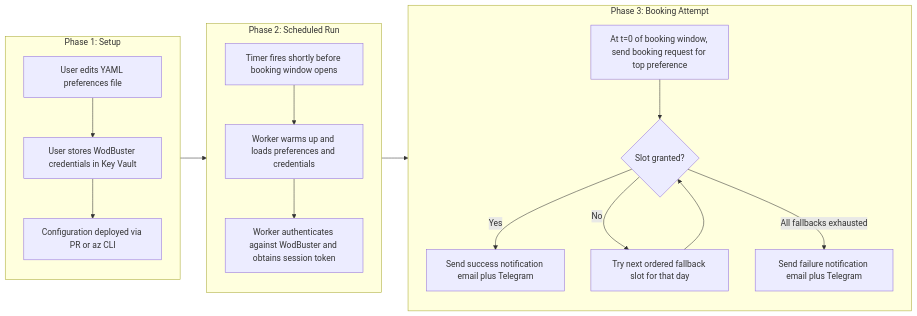
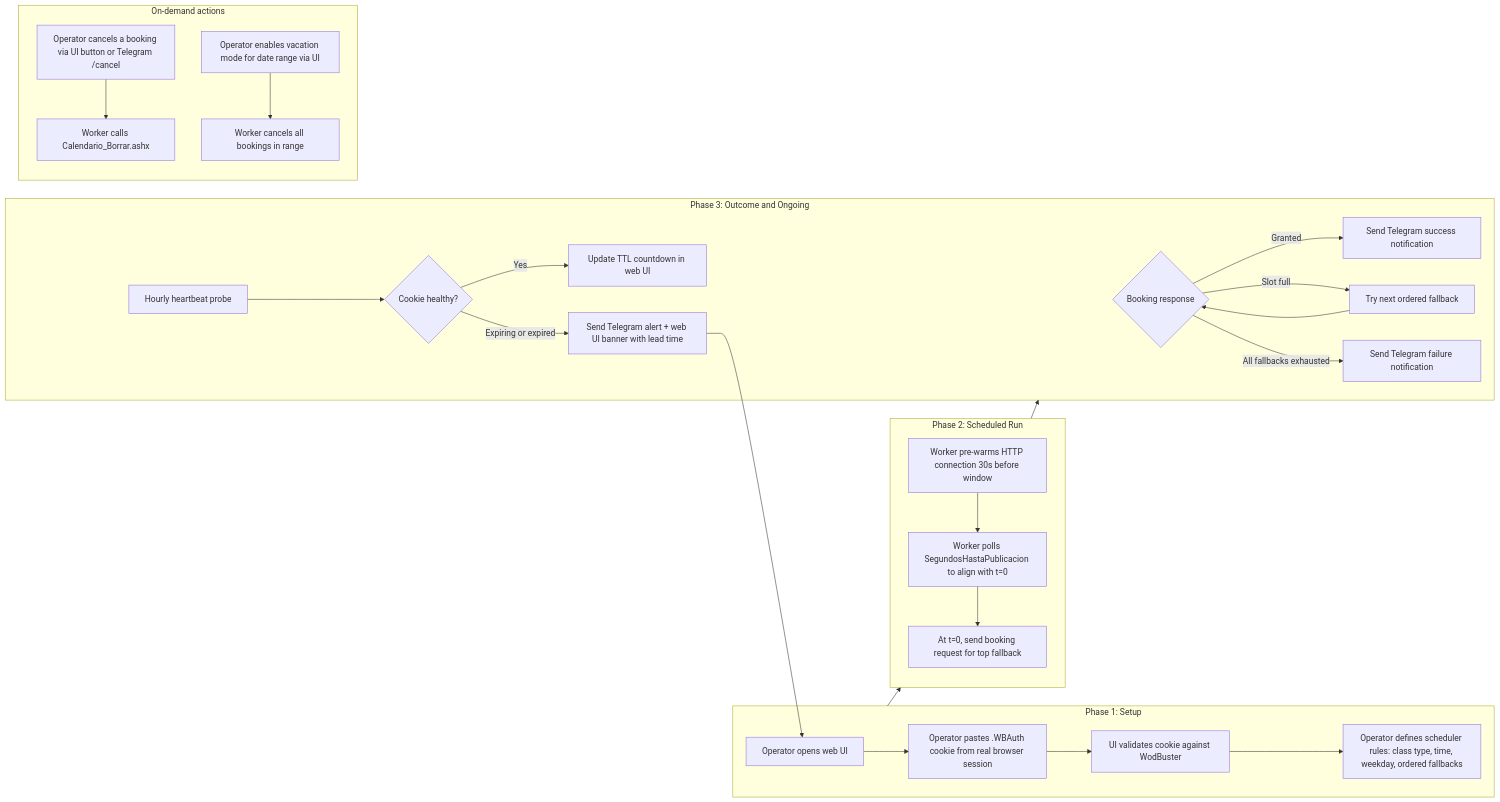
One commit to jluqueba/wodbuster-booking-scheduler changed the diagram in docs/envisioning/wodbuster-booking-scheduler.md. Above: the diagram before and after it, drawn with Mermaid. The commit also changed other lines of this file and 11 other files, not shown here.

First line of the commit message:
docs: add ADRs 0001-0007 and wodbuster-booking-worker spec, plan, tasks

````diff
--- a/docs/envisioning/wodbuster-booking-scheduler.md
+++ b/docs/envisioning/wodbuster-booking-scheduler.md
@@ -104,22 +104,31 @@
 ```mermaid
 flowchart LR
     subgraph Setup[Phase 1: Setup]
-        S1[User edits YAML preferences file] --> S2[User stores WodBuster credentials in Key Vault]
-        S2 --> S3[Configuration deployed via PR or az CLI]
+        S1[Operator opens web UI] --> S2[Operator pastes .WBAuth cookie from real browser session]
+        S2 --> S3[UI validates cookie against WodBuster]
+        S3 --> S4[Operator defines scheduler rules: class type, time, weekday, ordered fallbacks]
     end
 
     subgraph Schedule[Phase 2: Scheduled Run]
-        R1[Timer fires shortly before booking window opens] --> R2[Worker warms up and loads preferences and credentials]
-        R2 --> R3[Worker authenticates against WodBuster and obtains session token]
+        R1[Worker pre-warms HTTP connection 30s before window] --> R2[Worker polls SegundosHastaPublicacion to align with t=0]
+        R2 --> R3[At t=0, send booking request for top fallback]
     end
 
-    subgraph Booking[Phase 3: Booking Attempt]
-        B1[At t=0 of booking window, send booking request for top preference] --> B2{Slot granted?}
-        B2 -- Yes --> B3[Send success notification email plus Telegram]
-        B2 -- No --> B4[Try next ordered fallback slot for that day]
-        B4 --> B2
-        B2 -- All fallbacks exhausted --> B5[Send failure notification email plus Telegram]
+    subgraph Outcome[Phase 3: Outcome and Ongoing]
+        O1{Booking response} -- Granted --> O2[Send Telegram success notification]
+        O1 -- Slot full --> O3[Try next ordered fallback]
+        O3 --> O1
+        O1 -- All fallbacks exhausted --> O4[Send Telegram failure notification]
+        O5[Hourly heartbeat probe] --> O6{Cookie healthy?}
+        O6 -- Yes --> O7[Update TTL countdown in web UI]
+        O6 -- Expiring or expired --> O8[Send Telegram alert + web UI banner with lead time]
+        O8 --> S1
     end
 
-    Setup --> Schedule --> Booking
+    subgraph OnDemand[On-demand actions]
+        D1[Operator cancels a booking via UI button or Telegram /cancel] --> D2[Worker calls Calendario_Borrar.ashx]
+        D3[Operator enables vacation mode for date range via UI] --> D4[Worker cancels all bookings in range]
+    end
+
+    Setup --> Schedule --> Outcome
 ```
````
